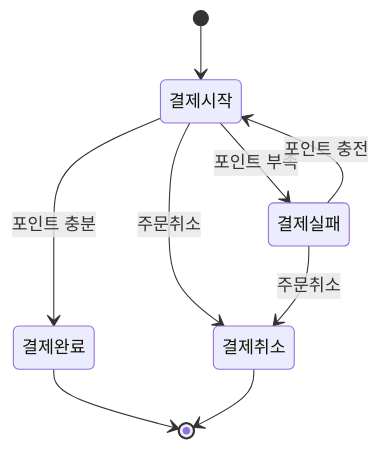
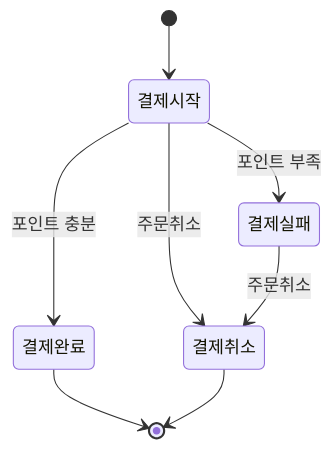
One commit to chapakook/kotlin-ecommerce changed the second of 4 diagrams in docs/state-diagram.md. Above: the diagram before and after it, drawn with Mermaid.

Commit message:
[DOC] 상태다이어그램 업데이트 포인트 없을시 충전요청 상태 제거

````diff
--- a/docs/state-diagram.md
+++ b/docs/state-diagram.md
@@ -35,11 +35,10 @@
 ```mermaid
 stateDiagram-v2
     [*] --> 결제시작
     결제시작 --> 결제완료 : 포인트 충분
     결제시작 --> 결제취소 : 주문취소
     결제시작 --> 결제실패 : 포인트 부족
-    결제실패 --> 결제시작 : 포인트 충전
     결제실패 --> 결제취소 : 주문취소
     결제완료 --> [*]
     결제취소 --> [*]
 ```
````
